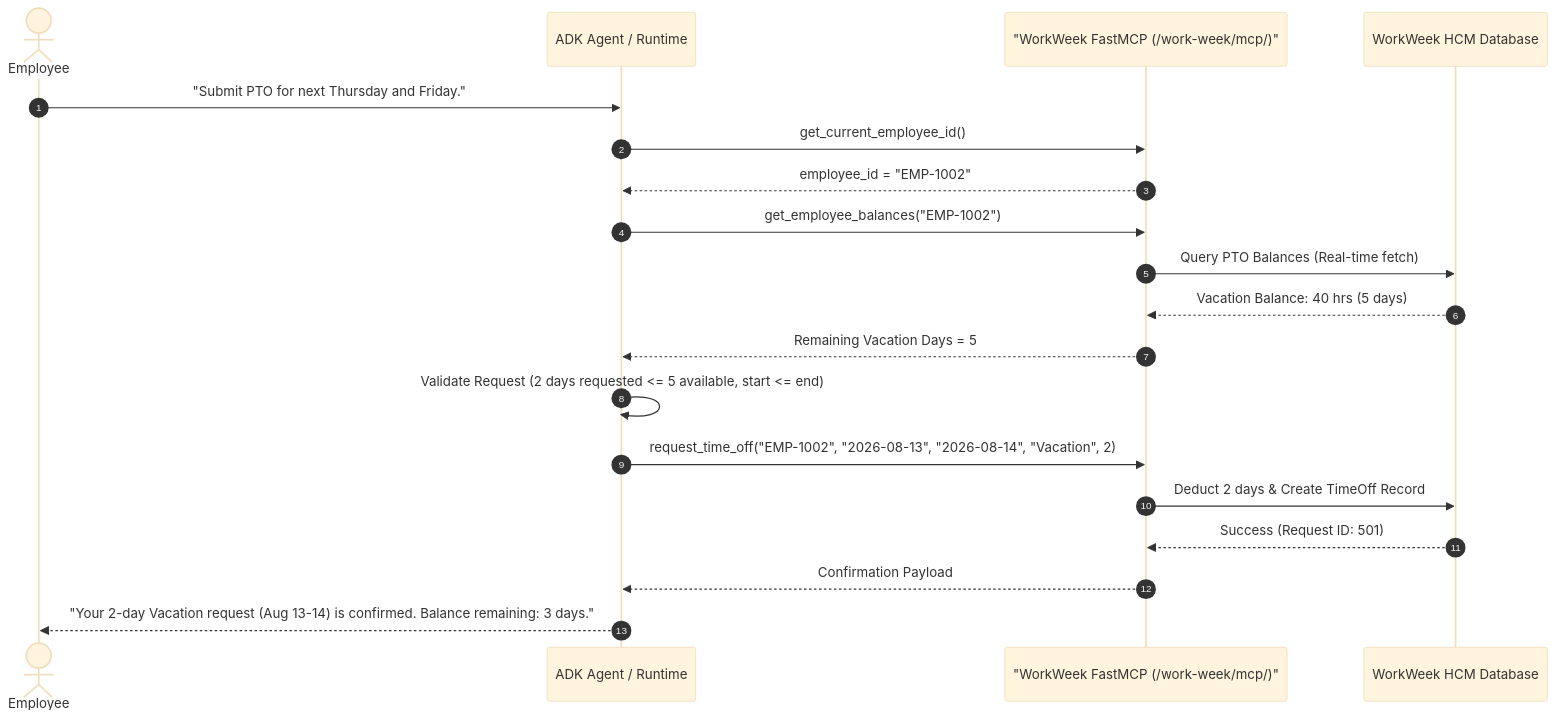
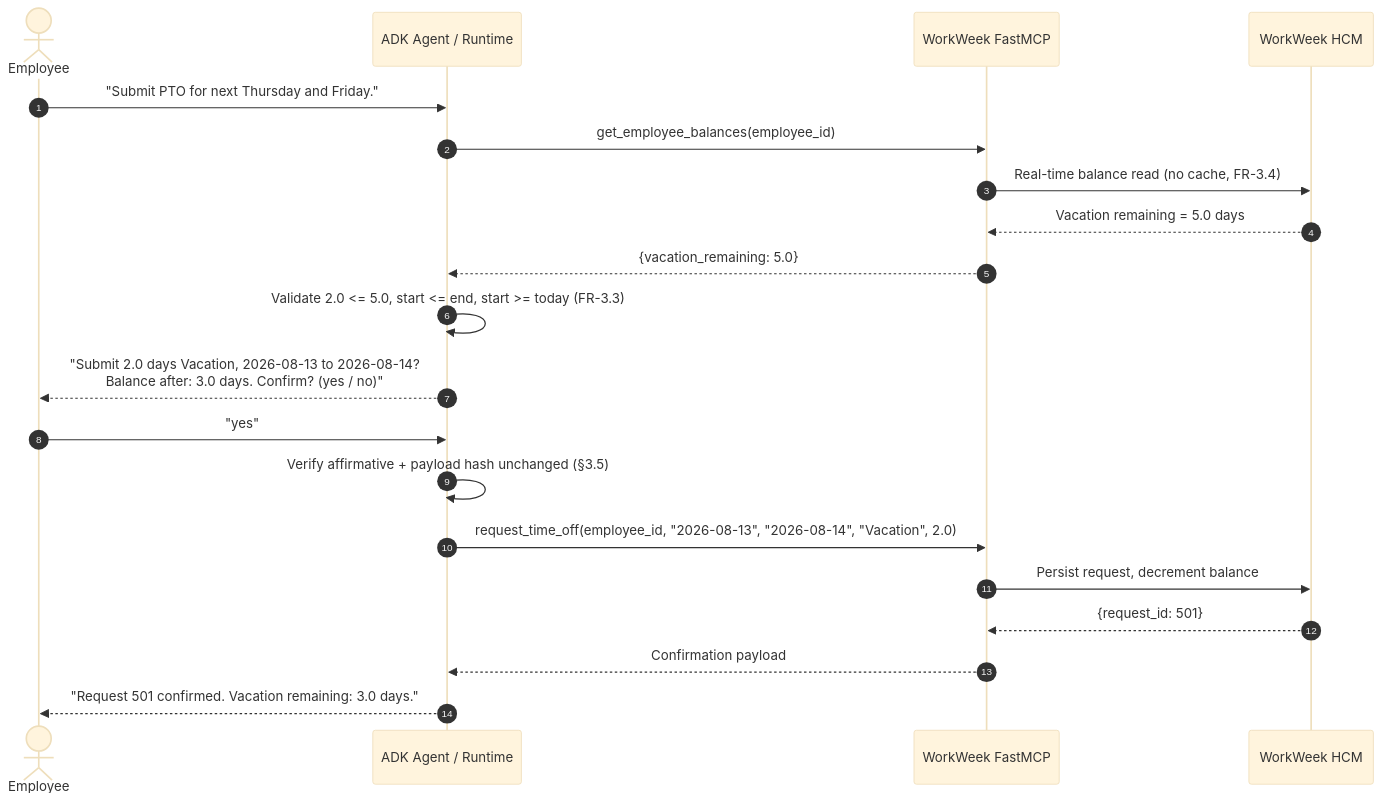
Before and after one commit to yangwhale/elevate-bj-g4: the third of 14 diagrams in SDD.md, drawn with Mermaid (base theme). The commit also changed other lines of this file, not shown here.

````diff
--- a/SDD.md
+++ b/SDD.md
@@ -153,22 +166,23 @@
 ```mermaid
 sequenceDiagram
     autonumber
     actor Employee
     participant Agent as ADK Agent / Runtime
-    participant WW as "WorkWeek FastMCP (/work-week/mcp/)"
-    participant WW_DB as WorkWeek HCM Database
+    participant WW as WorkWeek FastMCP
+    participant WW_DB as WorkWeek HCM
 
     Employee->>Agent: "Submit PTO for next Thursday and Friday."
-    Agent->>WW: get_current_employee_id()
-    WW-->>Agent: employee_id = "EMP-1002"
-    Agent->>WW: get_employee_balances("EMP-1002")
-    WW->>WW_DB: Query PTO Balances (Real-time fetch)
-    WW_DB-->>WW: Vacation Balance: 40 hrs (5 days)
-    WW-->>Agent: Remaining Vacation Days = 5
-    Agent->>Agent: Validate Request (2 days requested <= 5 available, start <= end)
-    Agent->>WW: request_time_off("EMP-1002", "2026-08-13", "2026-08-14", "Vacation", 2)
-    WW->>WW_DB: Deduct 2 days & Create TimeOff Record
-    WW_DB-->>WW: Success (Request ID: 501)
-    WW-->>Agent: Confirmation Payload
-    Agent-->>Employee: "Your 2-day Vacation request (Aug 13-14) is confirmed. Balance remaining: 3 days."
+    Agent->>WW: get_employee_balances(employee_id)
+    WW->>WW_DB: Real-time balance read (no cache, FR-3.4)
+    WW_DB-->>WW: Vacation remaining = 5.0 days
+    WW-->>Agent: {vacation_remaining: 5.0}
+    Agent->>Agent: Validate 2.0 <= 5.0, start <= end, start >= today (FR-3.3)
+    Agent-->>Employee: "Submit 2.0 days Vacation, 2026-08-13 to 2026-08-14?<br/>Balance after: 3.0 days. Confirm? (yes / no)"
+    Employee->>Agent: "yes"
+    Agent->>Agent: Verify affirmative + payload hash unchanged (§3.5)
+    Agent->>WW: request_time_off(employee_id, "2026-08-13", "2026-08-14", "Vacation", 2.0)
+    WW->>WW_DB: Persist request, decrement balance
+    WW_DB-->>WW: {request_id: 501}
+    WW-->>Agent: Confirmation payload
+    Agent-->>Employee: "Request 501 confirmed. Vacation remaining: 3.0 days."
 ```
````
